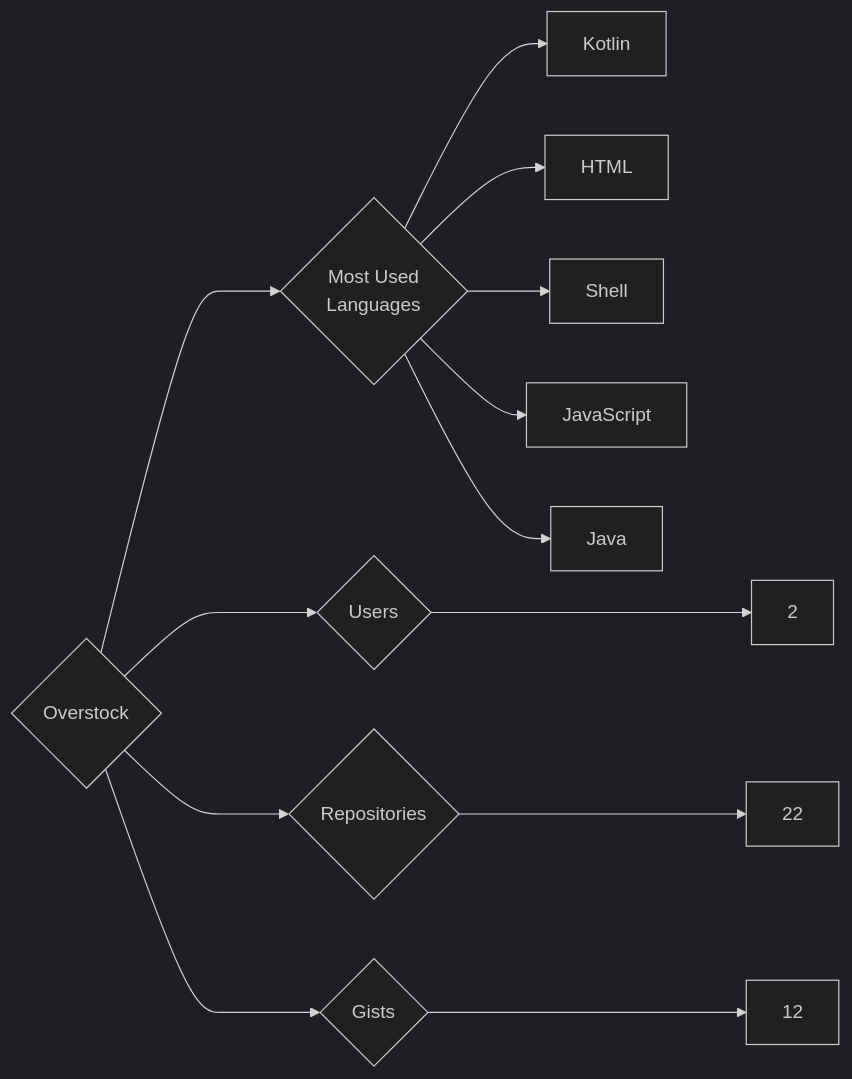
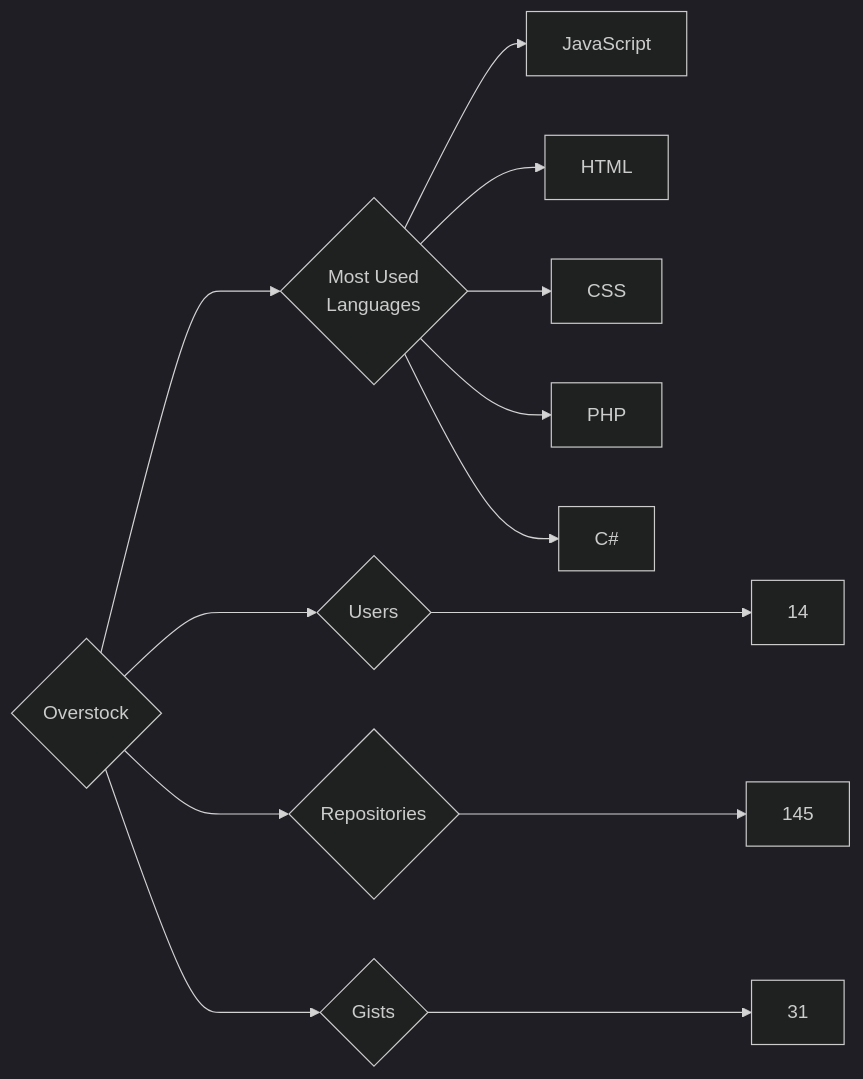
Before and after one commit to trickest/insiders: the diagram in targets/Overstock/README.md, drawn with Mermaid (dark theme). The commit also changed 814 other files, not shown here.

````diff
--- a/targets/Overstock/README.md
+++ b/targets/Overstock/README.md
@@ -3,13 +3,13 @@
 ```mermaid
 graph LR
 COMPANY_NAME{Overstock}
-COMPANY_NAME ---> U{Users} ---> UN[2]
-COMPANY_NAME ---> R{Repositories} ---> RN[22]
-COMPANY_NAME ---> G{Gists} ---> GN[12]
+COMPANY_NAME ---> U{Users} ---> UN[14]
+COMPANY_NAME ---> R{Repositories} ---> RN[145]
+COMPANY_NAME ---> G{Gists} ---> GN[31]
 COMPANY_NAME ---> ML{Most Used<br>Languages}
-ML --> Kotlin[Kotlin]
+ML --> JavaScript[JavaScript]
 ML --> HTML[HTML]
-ML --> Shell[Shell]
-ML --> JavaScript[JavaScript]
-ML --> Java[Java]
+ML --> CSS[CSS]
+ML --> PHP[PHP]
+ML --> C#[C#]
 ```
````
